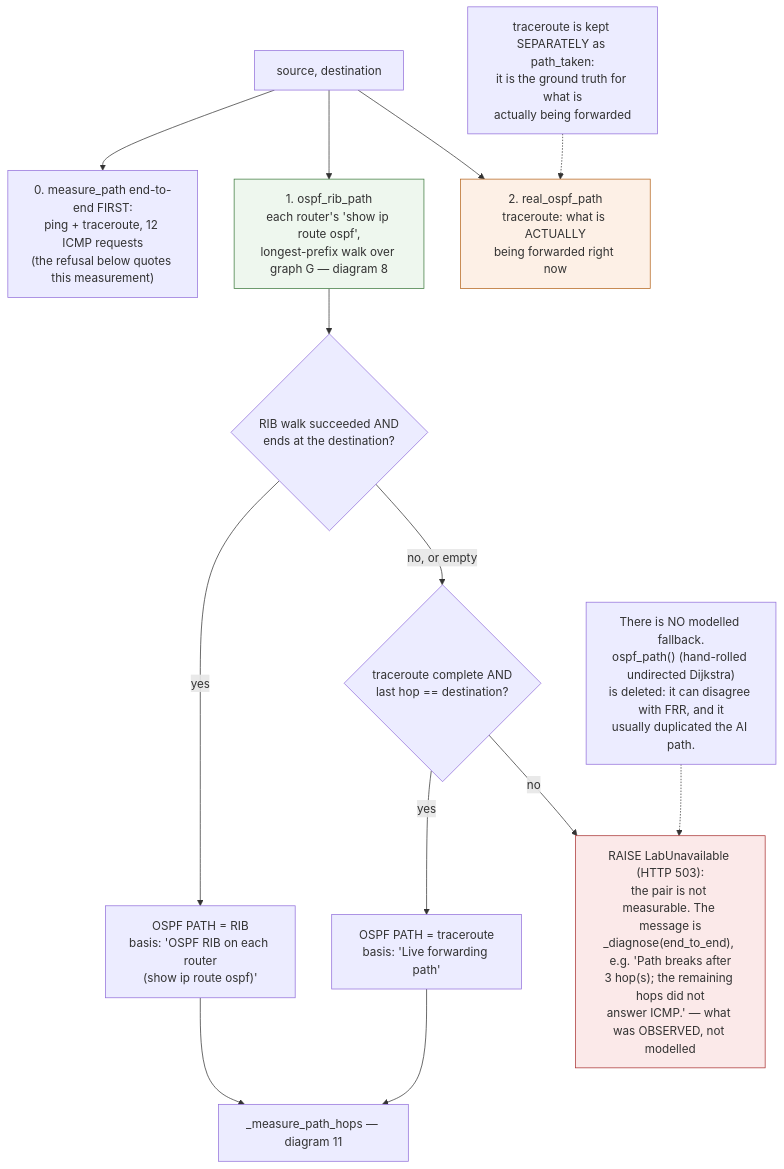
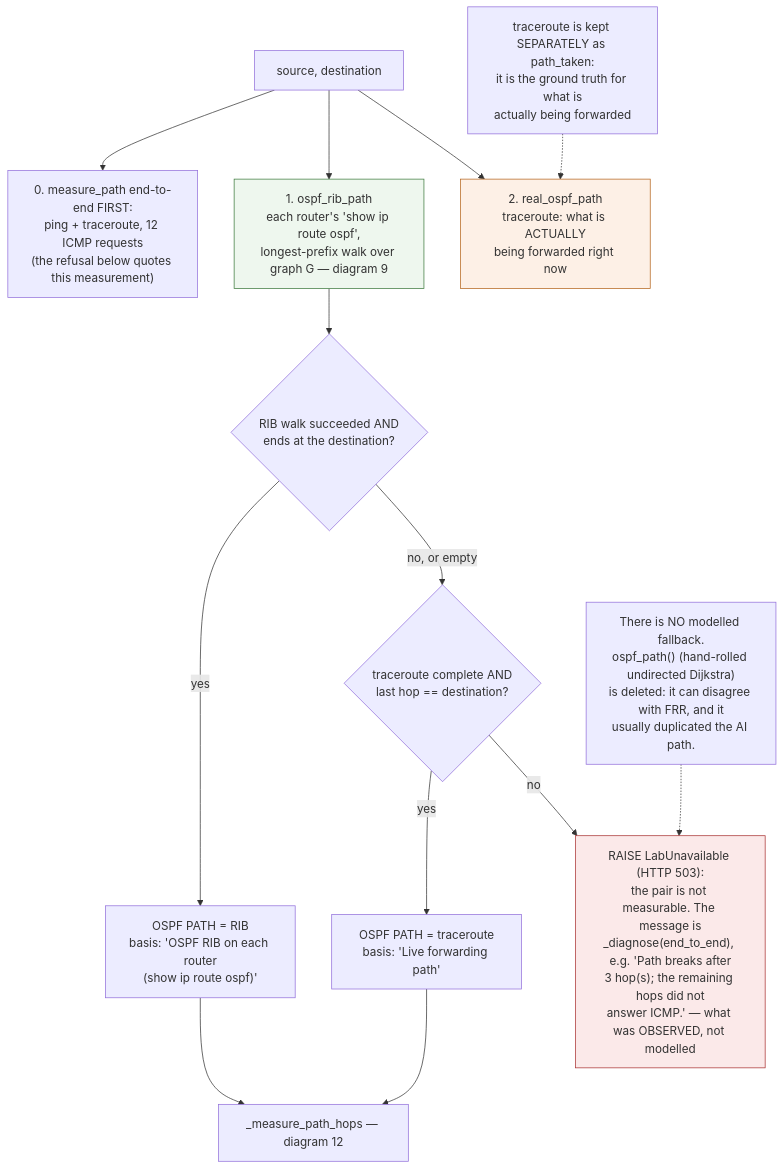
One commit to bhavshetty2003-gif/NetRouteAI changed the eighth of 21 diagrams in docs/ALGORITHM_FLOWCHARTS.md. Above: the diagram before and after it, drawn with Mermaid. The commit also changed other lines of this file and 12 other files, not shown here.

````diff
--- a/docs/ALGORITHM_FLOWCHARTS.md
+++ b/docs/ALGORITHM_FLOWCHARTS.md
@@ -468,22 +598,22 @@
 ```mermaid
 flowchart TD
     SRC["source, destination"] --> E2E["0. measure_path end-to-end FIRST:<br/>ping + traceroute, 12 ICMP requests<br/>(the refusal below quotes this measurement)"]
-    SRC --> RIB["1. ospf_rib_path<br/>each router's 'show ip route ospf',<br/>longest-prefix walk over graph G — diagram 8"]
+    SRC --> RIB["1. ospf_rib_path<br/>each router's 'show ip route ospf',<br/>longest-prefix walk over graph G — diagram 9"]
     SRC --> TRACE["2. real_ospf_path<br/>traceroute: what is ACTUALLY<br/>being forwarded right now"]
 
     RIB --> RIBOK{"RIB walk succeeded AND<br/>ends at the destination?"}
     RIBOK -- yes --> PICK1["OSPF PATH = RIB<br/>basis: 'OSPF RIB on each router<br/>(show ip route ospf)'"]
     RIBOK -- "no, or empty" --> TOK{"traceroute complete AND<br/>last hop == destination?"}
     TOK -- yes --> PICK2["OSPF PATH = traceroute<br/>basis: 'Live forwarding path'"]
     TOK -- no --> RAISE["RAISE LabUnavailable (HTTP 503):<br/>the pair is not measurable. The message is<br/>_diagnose(end_to_end), e.g. 'Path breaks after<br/>3 hop(s); the remaining hops did not<br/>answer ICMP.' — what was OBSERVED, not modelled"]
 
-    PICK1 --> MEAS["_measure_path_hops — diagram 11"]
+    PICK1 --> MEAS["_measure_path_hops — diagram 12"]
     PICK2 --> MEAS
 
     NOTE["traceroute is kept SEPARATELY as path_taken:<br/>it is the ground truth for what is<br/>actually being forwarded"] -.-> TRACE
     KILL["There is NO modelled fallback.<br/>ospf_path() (hand-rolled undirected Dijkstra)<br/>is deleted: it can disagree with FRR, and it<br/>usually duplicated the AI path."] -.-> RAISE
 
     style RIB fill:#eef7ee,stroke:#3d7a3d
     style TRACE fill:#fdf0e6,stroke:#b5651d
     style RAISE fill:#fbe9e9,stroke:#a33
 ```
````
